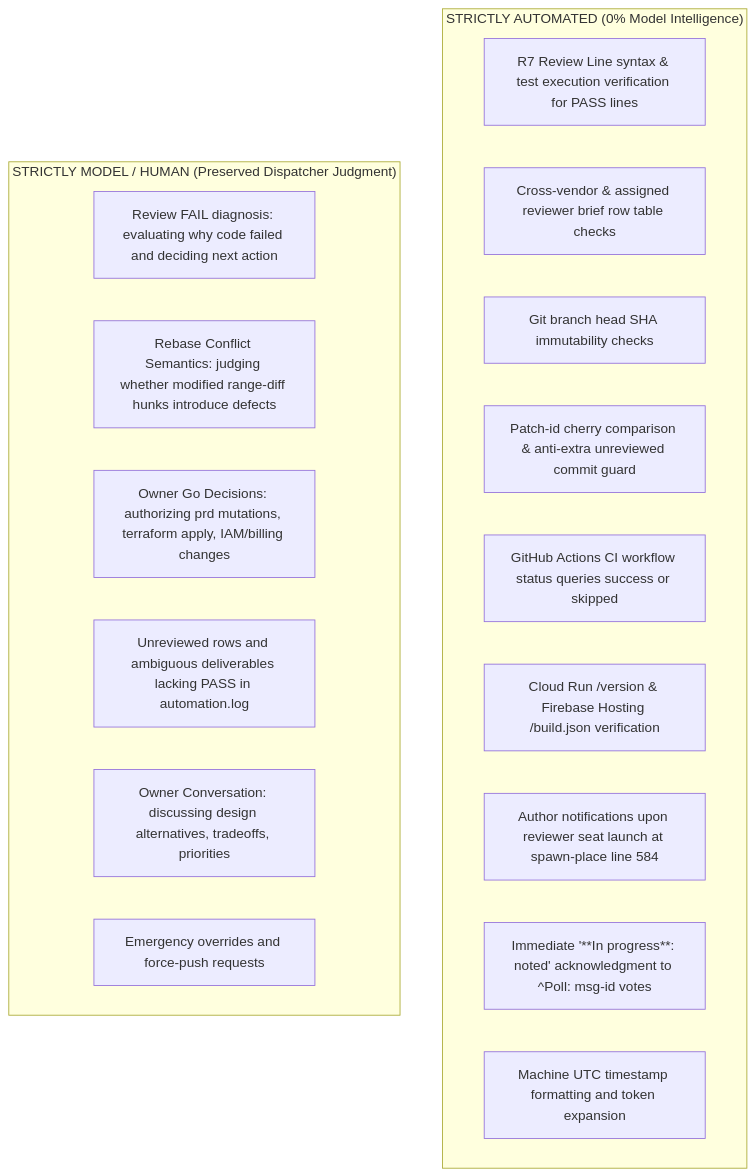
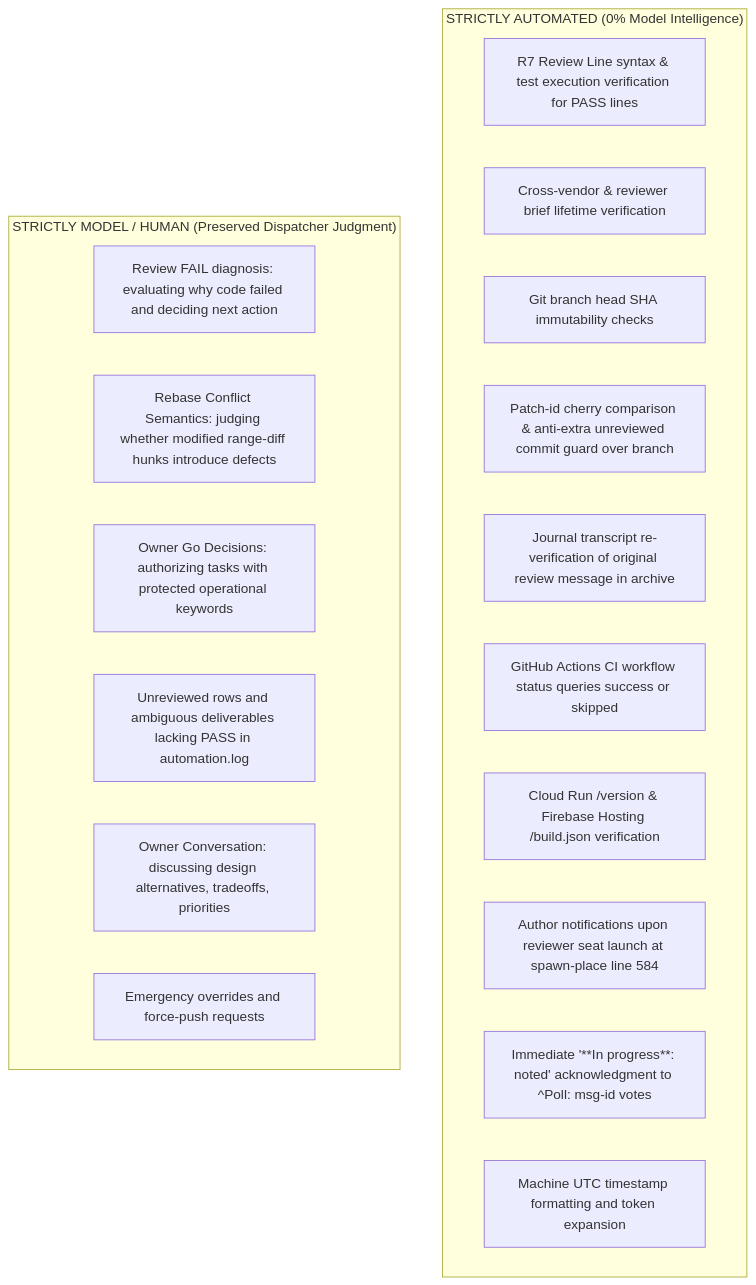
One commit to csitea/csi-spl changed the fifth of 6 diagrams in csi-spl-doc/specs/157-dispatch-automation/spec.md. Above: the diagram before and after it, drawn with Mermaid. The commit also changed other lines of this file, not shown here.

First line of the commit message:
docs(doc, SPL-3392): resolve cross-vendor review findings X1-X6 on spec 157

````diff
--- a/csi-spl-doc/specs/157-dispatch-automation/spec.md
+++ b/csi-spl-doc/specs/157-dispatch-automation/spec.md
@@ -529,23 +548,24 @@
 ```mermaid
 flowchart TD
     subgraph FullyAutomated["STRICTLY AUTOMATED (0% Model Intelligence)"]
         A1[R7 Review Line syntax & test execution verification for PASS lines]
-        A2[Cross-vendor & assigned reviewer brief row table checks]
+        A2[Cross-vendor & reviewer brief lifetime verification]
         A3[Git branch head SHA immutability checks]
-        A4[Patch-id cherry comparison & anti-extra unreviewed commit guard]
-        A5[GitHub Actions CI workflow status queries success or skipped]
-        A6[Cloud Run /version & Firebase Hosting /build.json verification]
-        A7[Author notifications upon reviewer seat launch at spawn-place line 584]
-        A8[Immediate '**In progress**: noted' acknowledgment to ^Poll: msg-id votes]
-        A9[Machine UTC timestamp formatting and token expansion]
+        A4[Patch-id cherry comparison & anti-extra unreviewed commit guard over branch]
+        A5[Journal transcript re-verification of original review message in archive]
+        A6[GitHub Actions CI workflow status queries success or skipped]
+        A7[Cloud Run /version & Firebase Hosting /build.json verification]
+        A8[Author notifications upon reviewer seat launch at spawn-place line 584]
+        A9[Immediate '**In progress**: noted' acknowledgment to ^Poll: msg-id votes]
+        A10[Machine UTC timestamp formatting and token expansion]
     end
 
     subgraph HumanModel["STRICTLY MODEL / HUMAN (Preserved Dispatcher Judgment)"]
         H1[Review FAIL diagnosis: evaluating why code failed and deciding next action]
         H2[Rebase Conflict Semantics: judging whether modified range-diff hunks introduce defects]
-        H3[Owner Go Decisions: authorizing prd mutations, terraform apply, IAM/billing changes]
+        H3[Owner Go Decisions: authorizing tasks with protected operational keywords]
         H4[Unreviewed rows and ambiguous deliverables lacking PASS in automation.log]
         H5[Owner Conversation: discussing design alternatives, tradeoffs, priorities]
         H6[Emergency overrides and force-push requests]
     end
 ```
````
